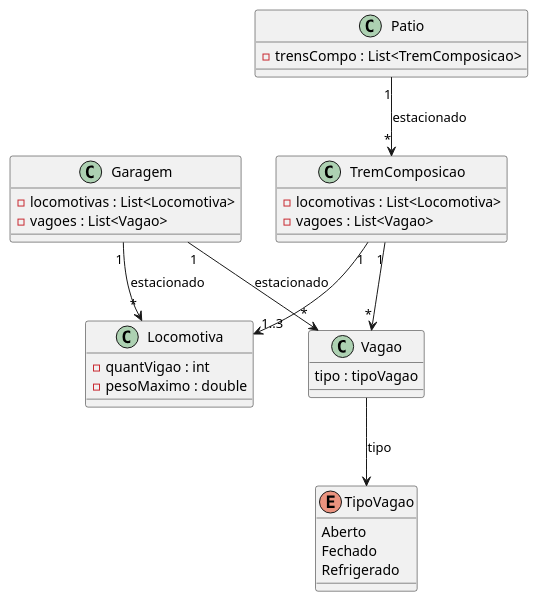
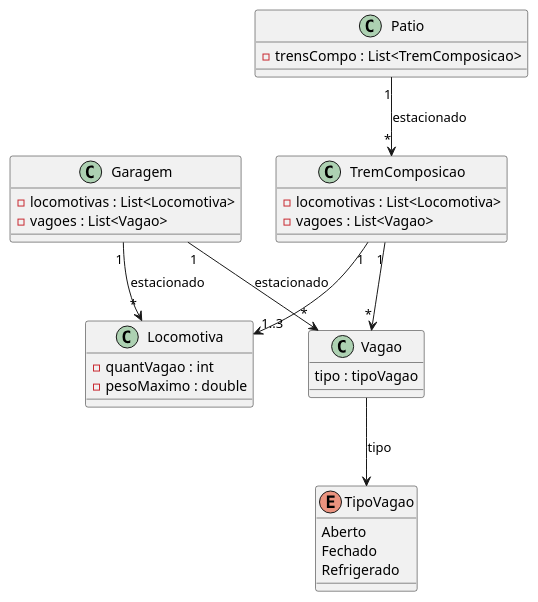
Before and after one commit to DrakRosmann/POO_2026: the diagram in ferrovia/src/main/java/guir/ferrovia.puml, drawn with PlantUML. The commit also changed 7 other files, not shown here.

```diff
--- a/ferrovia/src/main/java/guir/ferrovia.puml
+++ b/ferrovia/src/main/java/guir/ferrovia.puml
@@ -1,40 +1,40 @@
 @startuml
 class Patio{
     - trensCompo : List<TremComposicao>
 }
 
 class Garagem{
     - locomotivas : List<Locomotiva>
     - vagoes : List<Vagao>
 }
 
 class TremComposicao{
     - locomotivas : List<Locomotiva>
     - vagoes : List<Vagao>
 }
 
 class Locomotiva{
-    -quantVigao : int
+    -quantVagao : int
     -pesoMaximo : double
 }
 
 class Vagao{
     tipo : tipoVagao
 }
 
 enum TipoVagao{
     Aberto
     Fechado
     Refrigerado
 }
 
 
 'RELAÇÔES'
 Patio "1" --> "*" TremComposicao : estacionado
 Garagem "1"-->"*" Locomotiva : estacionado
 Garagem "1"-->"*" Vagao : estacionado
 
 Vagao --> TipoVagao : tipo
 TremComposicao "1"-->"*" Vagao
 TremComposicao "1"-->"1..3" Locomotiva
 @enduml
```
